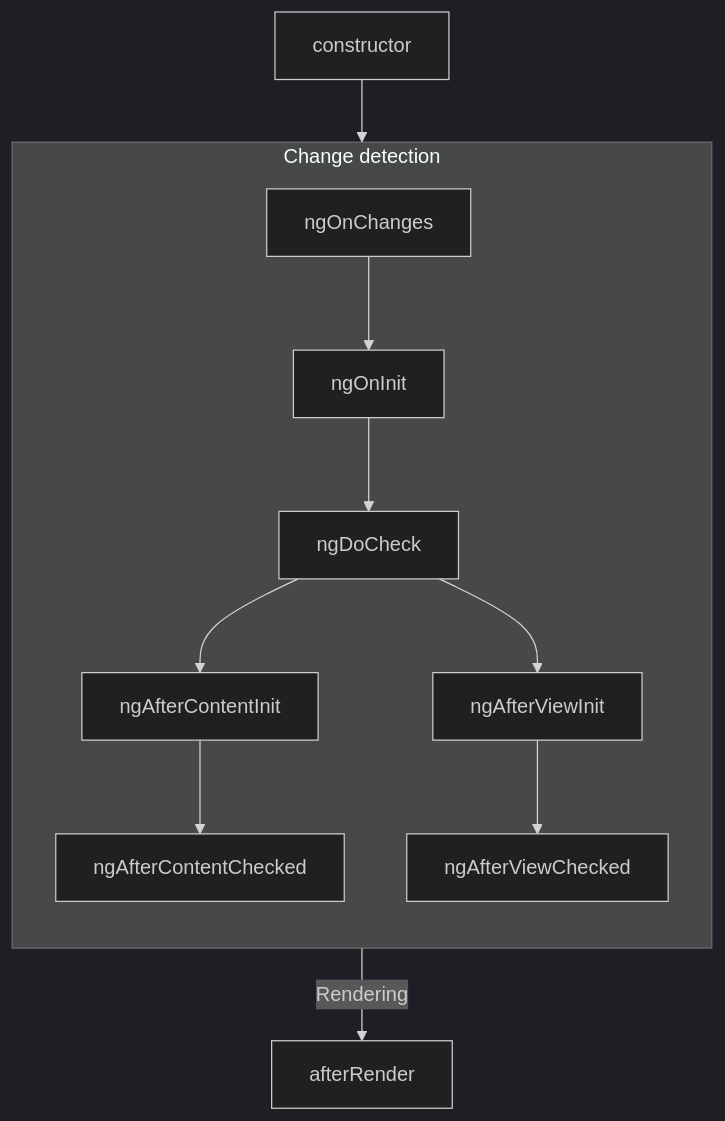
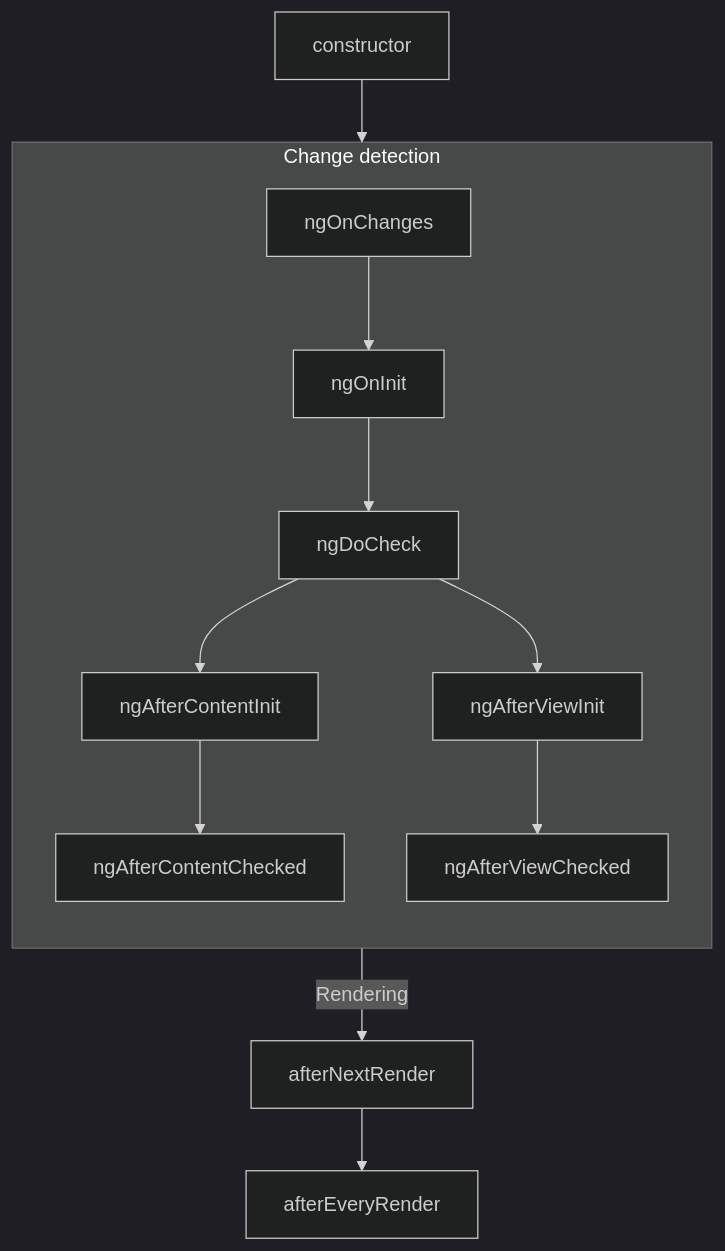
Before and after one commit to angular/angular: the first of 2 diagrams in adev/src/content/guide/components/lifecycle.md, drawn with Mermaid (dark theme). The commit also changed other lines of this file and 3 other files, not shown here.

First line of the commit message:
docs: update references of afterEveryRender (#61159)

````diff
--- a/adev/src/content/guide/components/lifecycle.md
+++ b/adev/src/content/guide/components/lifecycle.md
@@ -318,14 +318,14 @@
 ```mermaid
 graph TD;
 id[constructor]-->CHANGE;
 subgraph CHANGE [Change detection]
 direction TB
 ngOnChanges-->ngOnInit;
 ngOnInit-->ngDoCheck;
 ngDoCheck-->ngAfterContentInit;
 ngDoCheck-->ngAfterViewInit
 ngAfterContentInit-->ngAfterContentChecked
 ngAfterViewInit-->ngAfterViewChecked
 end
-CHANGE--Rendering-->afterRender
+CHANGE--Rendering-->afterNextRender-->afterEveryRender
 ```
````
